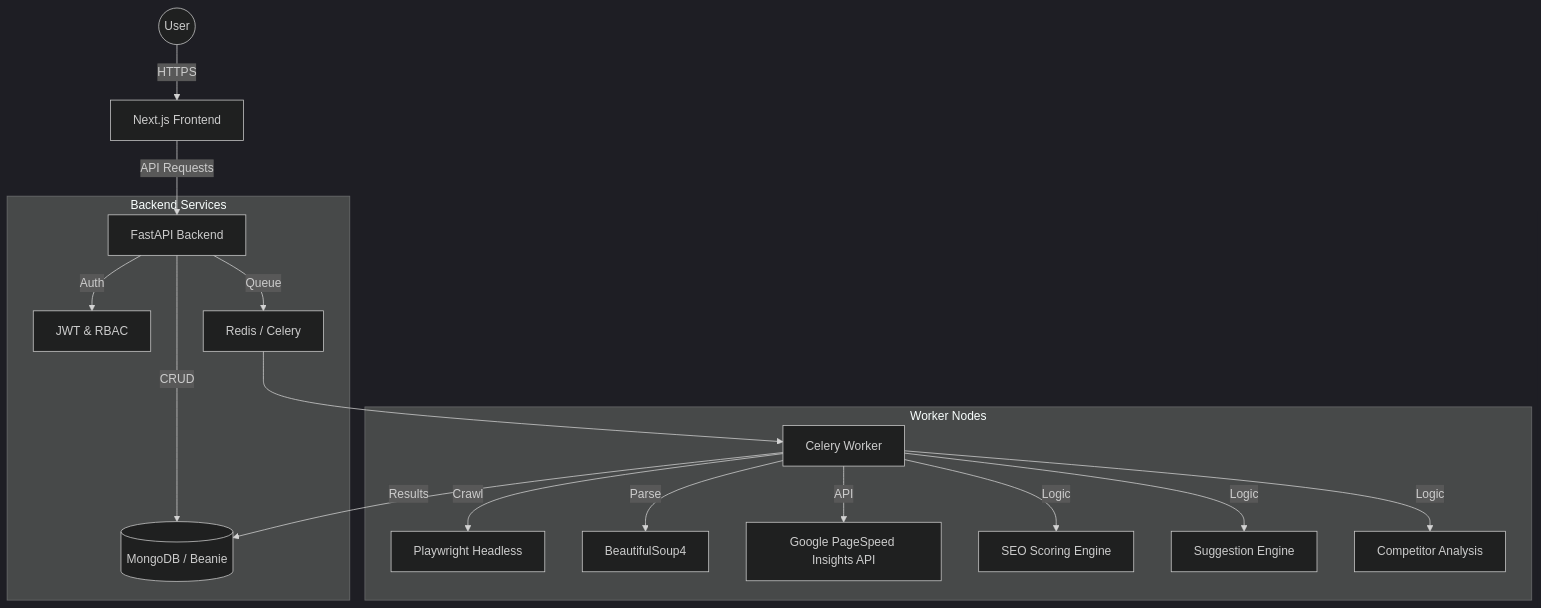
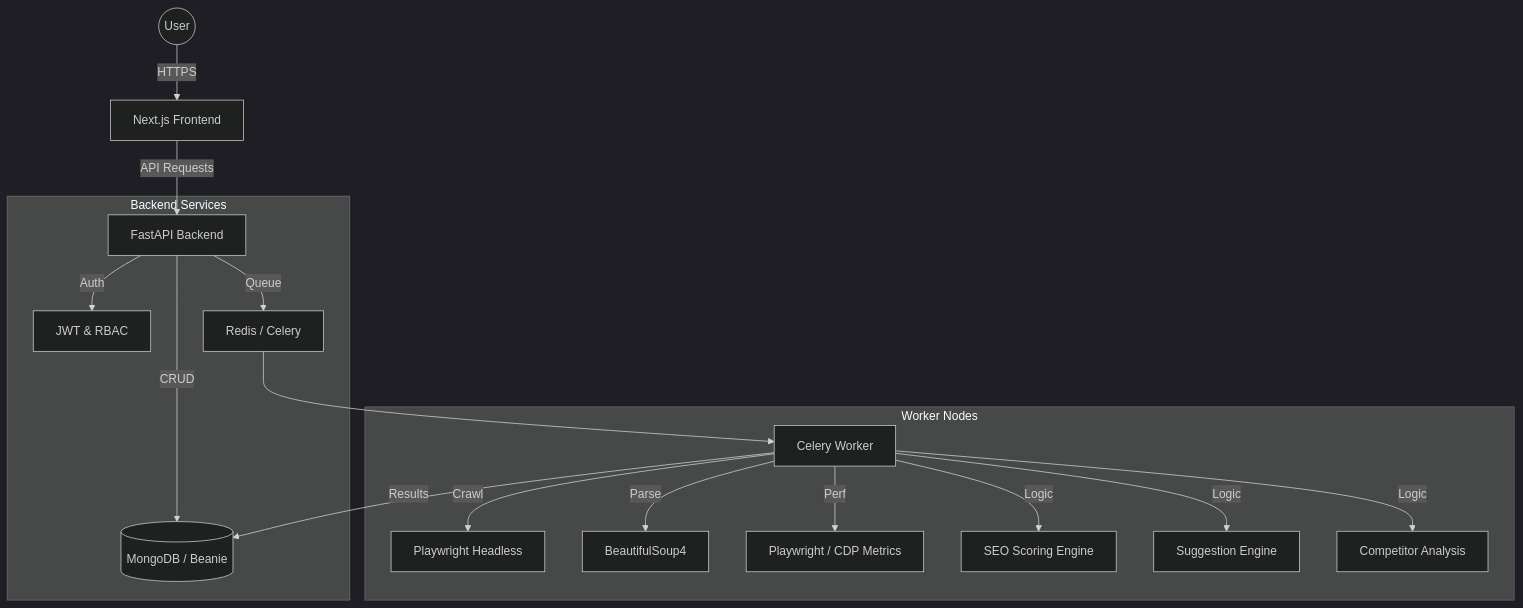
Before and after one commit to codewithmesfin/seo-agent: the diagram in ARCHITECTURE.md, drawn with Mermaid (dark theme). The commit also changed 19 other files, not shown here.

````diff
--- a/ARCHITECTURE.md
+++ b/ARCHITECTURE.md
@@ -5,23 +5,23 @@
 ```mermaid
 graph TD
     User((User)) -->|HTTPS| Frontend[Next.js Frontend]
     Frontend -->|API Requests| Backend[FastAPI Backend]
 
     subgraph "Backend Services"
         Backend -->|Auth| JWT[JWT & RBAC]
         Backend -->|CRUD| DB[(MongoDB / Beanie)]
         Backend -->|Queue| TaskQueue[Redis / Celery]
     end
 
     subgraph "Worker Nodes"
         TaskQueue --> Worker[Celery Worker]
         Worker -->|Crawl| Playwright[Playwright Headless]
         Worker -->|Parse| BS4[BeautifulSoup4]
-        Worker -->|API| PSI[Google PageSpeed Insights API]
+        Worker -->|Perf| PlaywrightMetrics[Playwright / CDP Metrics]
         Worker -->|Logic| Scorer[SEO Scoring Engine]
         Worker -->|Logic| Suggester[Suggestion Engine]
         Worker -->|Logic| Competitor[Competitor Analysis]
     end
 
     Worker -->|Results| DB
 ```
````
